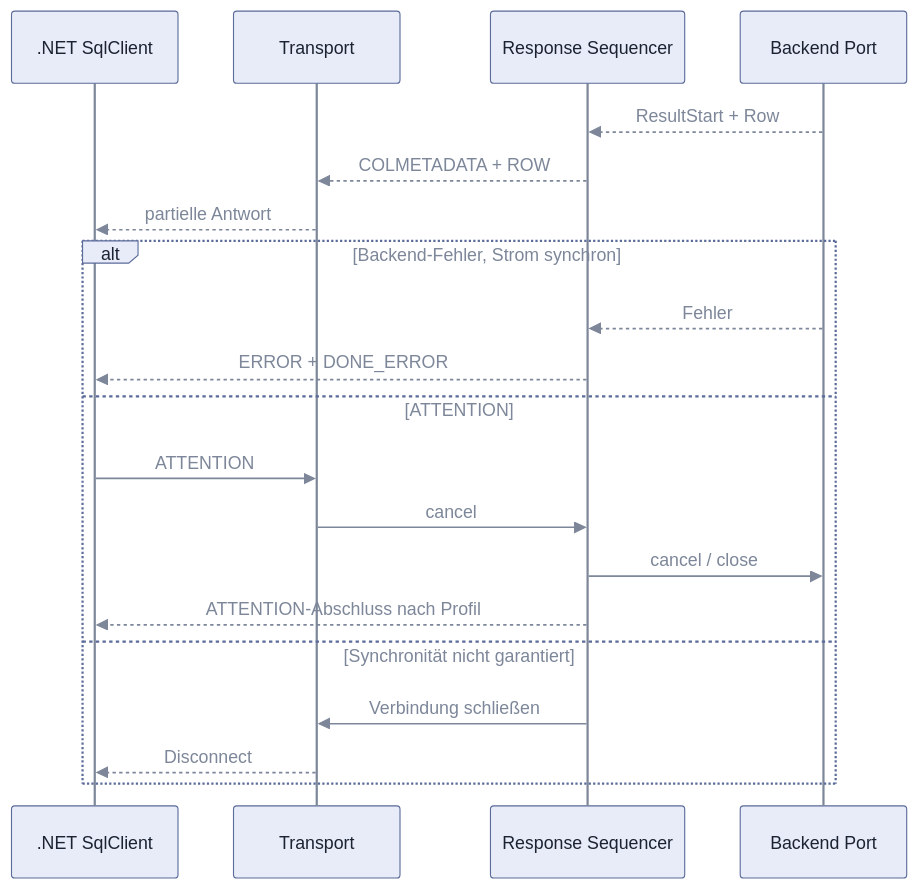
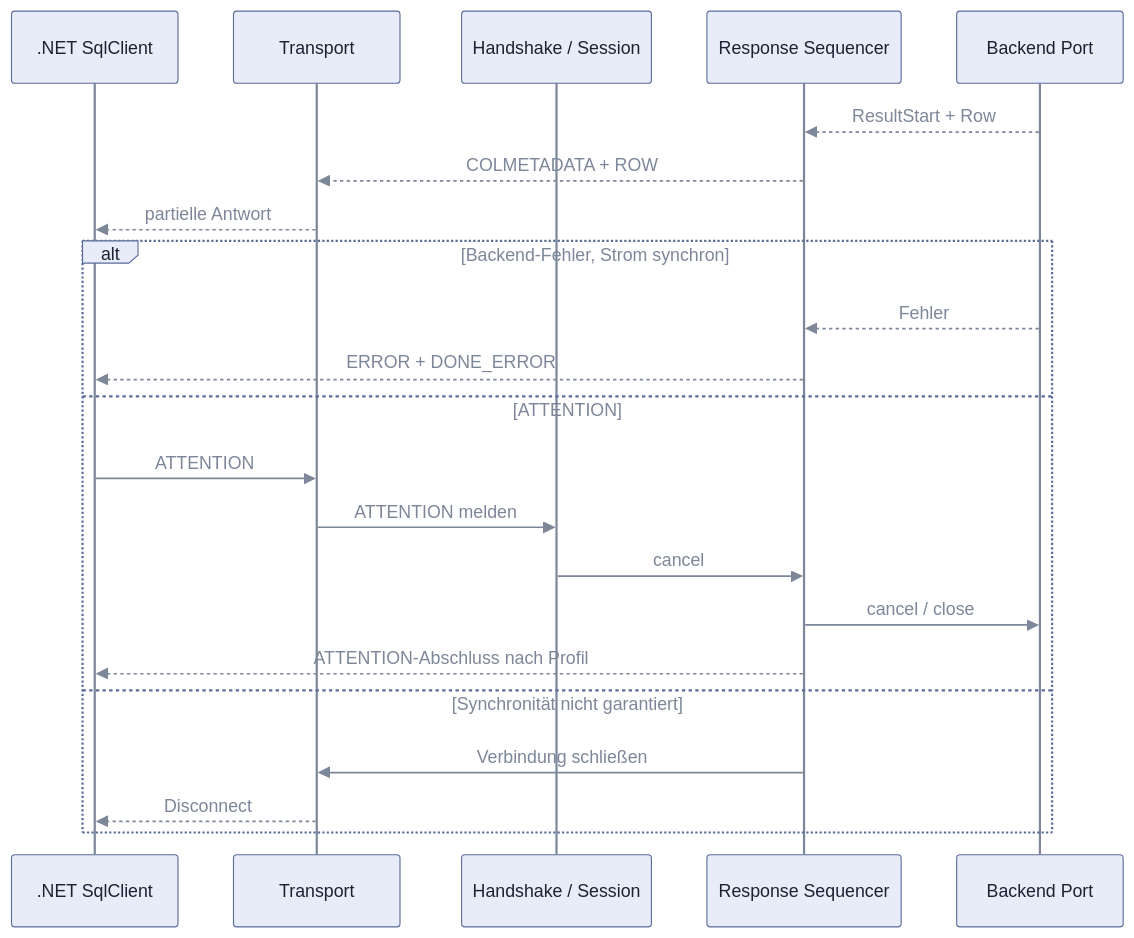
The fifth of 5 diagrams in spec/architecture.md (pt9912/tdswire), drawn with Mermaid before and after one commit. The commit also changed other lines of this file and 7 other files, not shown here.

````diff
--- a/spec/architecture.md
+++ b/spec/architecture.md
@@ -178,23 +180,25 @@
 ```mermaid
 %%{init: {'theme': 'base', 'themeVariables': {'lineColor': '#7d8799', 'primaryColor': '#e8ecf8', 'primaryTextColor': '#1b2333', 'primaryBorderColor': '#5b6b9a', 'actorBkg': '#e8ecf8', 'actorBorder': '#5b6b9a', 'actorTextColor': '#1b2333', 'actorLineColor': '#7d8799', 'signalColor': '#7d8799', 'signalTextColor': '#7d8799', 'labelBoxBkgColor': '#e8ecf8', 'labelBoxBorderColor': '#5b6b9a', 'labelTextColor': '#1b2333', 'loopTextColor': '#7d8799', 'noteBkgColor': '#e8ecf8', 'noteTextColor': '#1b2333', 'noteBorderColor': '#5b6b9a'}}}%%
 sequenceDiagram
     participant C as .NET SqlClient
     participant T as Transport
+    participant S as Handshake / Session
     participant Q as Response Sequencer
     participant B as Backend Port
     B-->>Q: ResultStart + Row
     Q-->>T: COLMETADATA + ROW
     T-->>C: partielle Antwort
     alt Backend-Fehler, Strom synchron
         B-->>Q: Fehler
         Q-->>C: ERROR + DONE_ERROR
     else ATTENTION
         C->>T: ATTENTION
-        T->>Q: cancel
+        T->>S: ATTENTION melden
+        S->>Q: cancel
         Q->>B: cancel / close
         Q-->>C: ATTENTION-Abschluss nach Profil
     else Synchronität nicht garantiert
         Q->>T: Verbindung schließen
         T-->>C: Disconnect
     end
 ```
````
